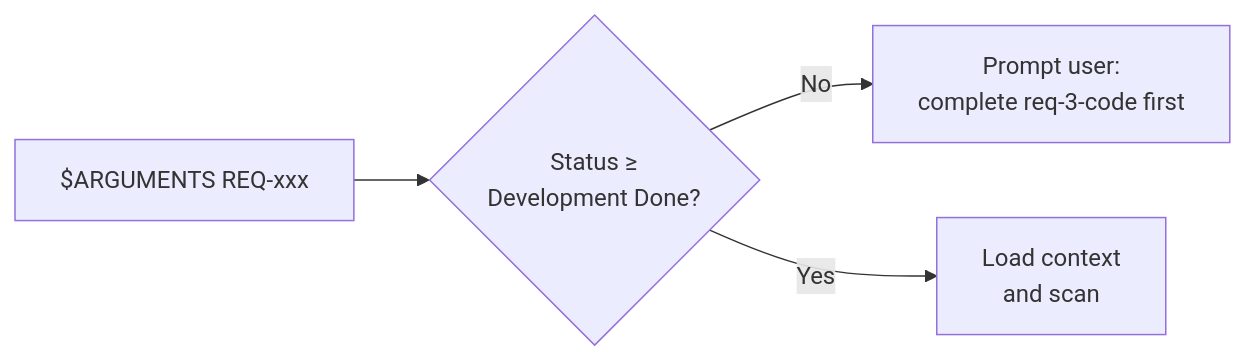
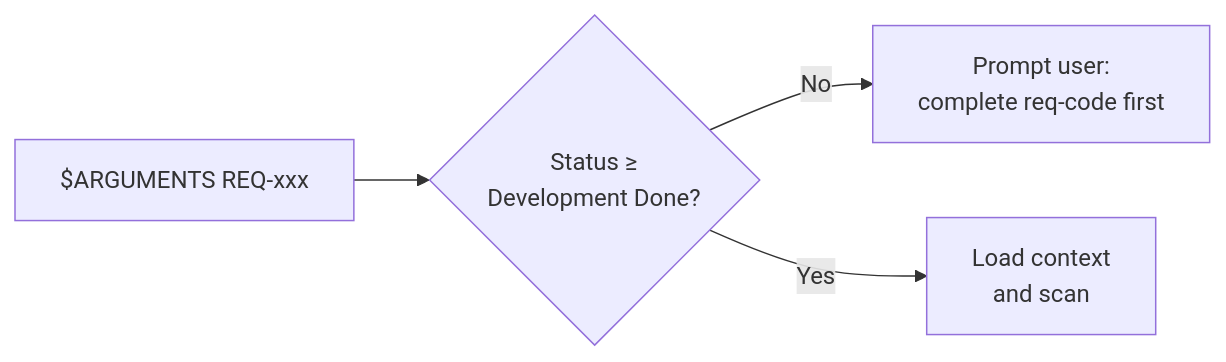
Before and after one commit to GOODDAYDAY/my-skills: the second of 4 diagrams in req-security/SKILL.md, drawn with Mermaid. The commit also changed other lines of this file and 13 other files, not shown here.

````diff
--- a/req-security/SKILL.md
+++ b/req-security/SKILL.md
@@ -25,6 +25,6 @@
 ```mermaid
 flowchart LR
     A[$ARGUMENTS REQ-xxx] --> B{Status ≥\nDevelopment Done?}
-    B -- No --> C[Prompt user:\ncomplete req-3-code first]
+    B -- No --> C[Prompt user:\ncomplete req-code first]
     B -- Yes --> D[Load context\nand scan]
 ```
````
